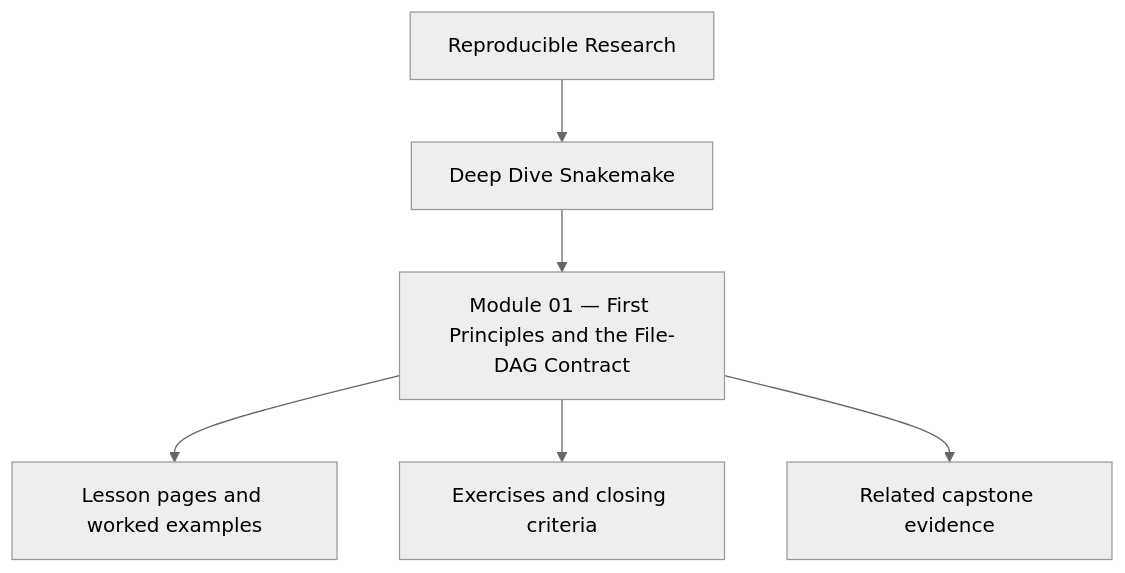
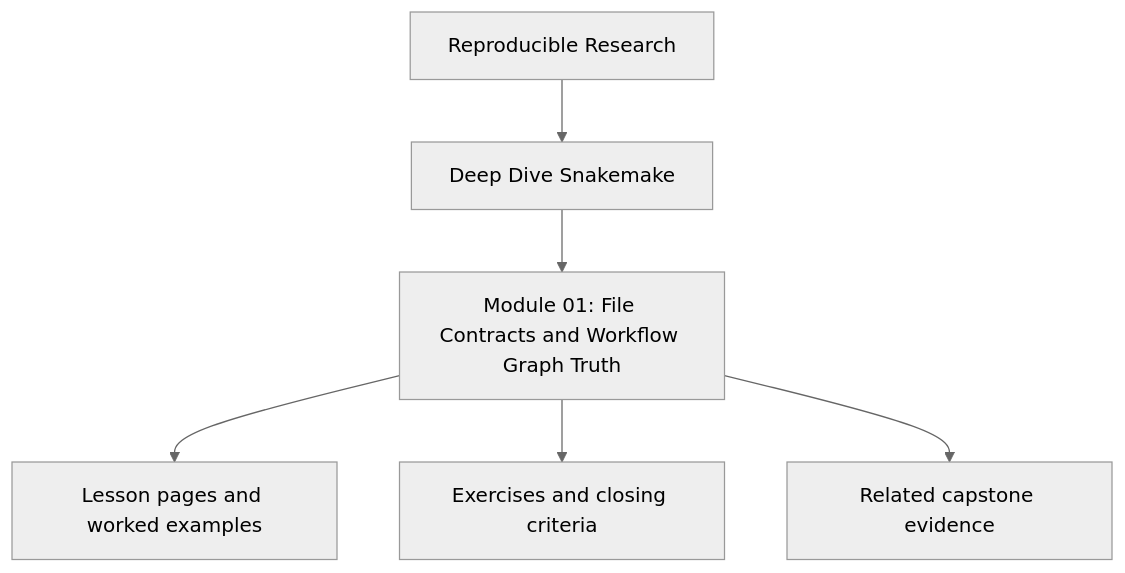
The first of 4 diagrams in programs/reproducible-research/deep-dive-snakemake/course-book/module-01-file-contracts-and-the-workflow-dag/index.md (bijux/bijux-masterclass), drawn with Mermaid (neutral theme) before and after one commit. The commit also changed other lines of this file and 241 other files, not shown here.

````diff
--- a/programs/reproducible-research/deep-dive-snakemake/course-book/module-01-file-contracts-and-the-workflow-dag/index.md
+++ b/programs/reproducible-research/deep-dive-snakemake/course-book/module-01-file-contracts-and-the-workflow-dag/index.md
@@ -9,8 +9,8 @@
 ```mermaid
 flowchart TD
   family["Reproducible Research"] --> program["Deep Dive Snakemake"]
-  program --> module["Module 01 — First Principles and the File-DAG Contract"]
+  program --> module["Module 01: File Contracts and Workflow Graph Truth"]
   module --> lessons["Lesson pages and worked examples"]
   module --> checkpoints["Exercises and closing criteria"]
   module --> capstone["Related capstone evidence"]
 ```
````
